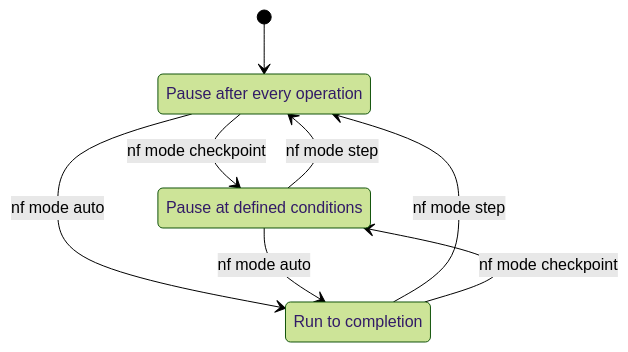
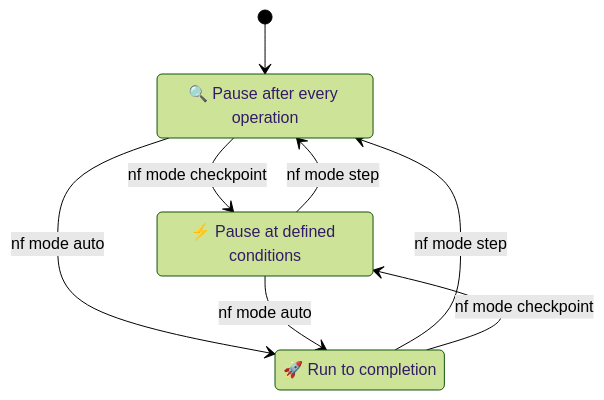
Before and after one commit to Samuele95/neos: the eighth of 8 diagrams in README.md, drawn with Mermaid (forest theme). The commit also changed other lines of this file and 6 other files, not shown here.

````diff
--- a/README.md
+++ b/README.md
@@ -514,14 +555,14 @@
 ```mermaid
 stateDiagram-v2
     [*] --> Step
     Step --> Checkpoint : nf mode checkpoint
     Checkpoint --> Step : nf mode step
     Step --> Auto : nf mode auto
     Checkpoint --> Auto : nf mode auto
     Auto --> Step : nf mode step
     Auto --> Checkpoint : nf mode checkpoint
 
-    Step : Pause after every operation
-    Checkpoint : Pause at defined conditions
-    Auto : Run to completion
+    Step : 🔍 Pause after every operation
+    Checkpoint : ⚡ Pause at defined conditions
+    Auto : 🚀 Run to completion
 ```
````
